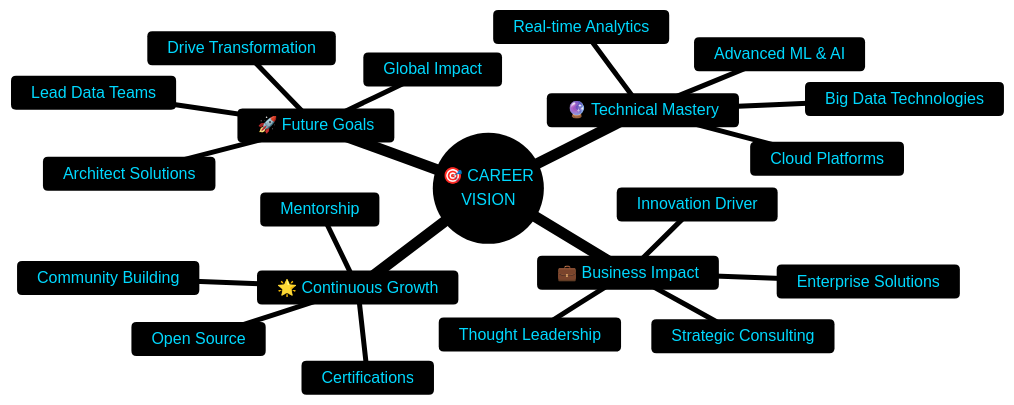
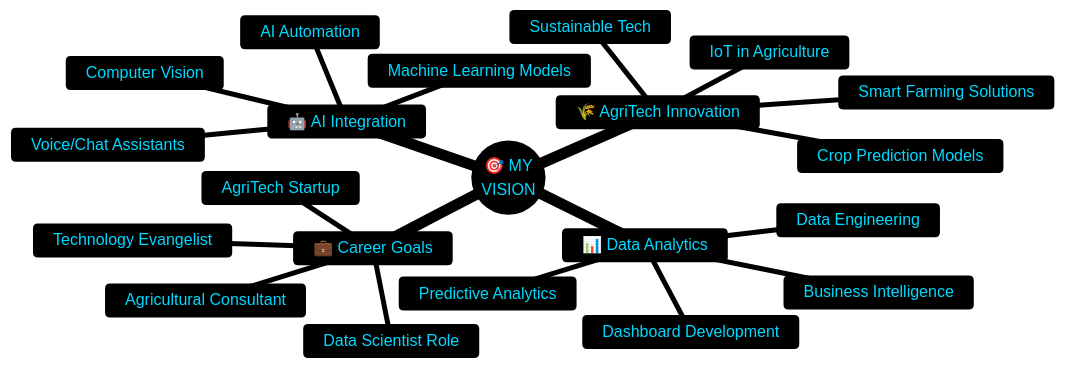
Before and after one commit to gokul2005083-source/gokul2005083-source-: the second of 2 diagrams in README.md, drawn with Mermaid. The commit also changed other lines of this file, not shown here.

````diff
--- a/README.md
+++ b/README.md
@@ -348,26 +685,26 @@
 ```mermaid
-%%{init: {'theme':'base', 'themeVariables': { 'primaryColor':'#0D1117','primaryTextColor':'#00D9FF','primaryBorderColor':'#00D9FF','lineColor':'#00D9FF','secondaryColor':'#1a1a2e','tertiaryColor':'#16213e'}}}%%
+%%{init: {'theme':'base', 'themeVariables': { 'primaryColor':'#0D1117','primaryTextColor':'#00D9FF','primaryBorderColor':'#00D9FF','lineColor':'#00D9FF'}}}%%
 
 mindmap
-  root((🎯 CAREER<br/>VISION))
-    🔮 Technical Mastery
-      Advanced ML & AI
-      Cloud Platforms
-      Big Data Technologies
-      Real-time Analytics
-    💼 Business Impact
-      Enterprise Solutions
-      Strategic Consulting
-      Thought Leadership
-      Innovation Driver
-    🌟 Continuous Growth
-      Certifications
-      Open Source
-      Community Building
-      Mentorship
-    🚀 Future Goals
-      Lead Data Teams
-      Architect Solutions
-      Drive Transformation
-      Global Impact
+  root((🎯 MY<br/>VISION))
+    🌾 AgriTech Innovation
+      Smart Farming Solutions
+      IoT in Agriculture
+      Crop Prediction Models
+      Sustainable Tech
+    📊 Data Analytics
+      Business Intelligence
+      Predictive Analytics
+      Dashboard Development
+      Data Engineering
+    🤖 AI Integration
+      Machine Learning Models
+      AI Automation
+      Voice/Chat Assistants
+      Computer Vision
+    💼 Career Goals
+      AgriTech Startup
+      Data Scientist Role
+      Agricultural Consultant
+      Technology Evangelist
 ```
````
